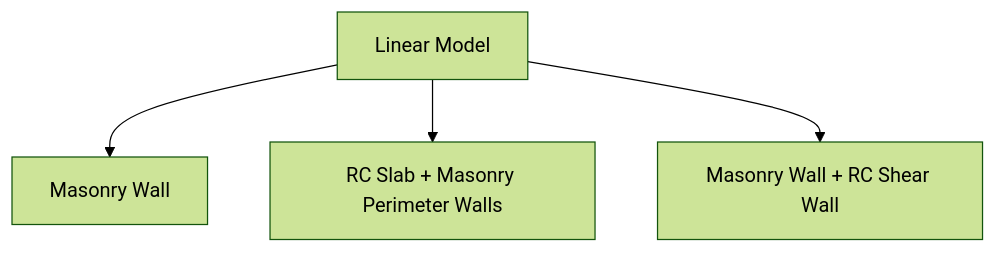
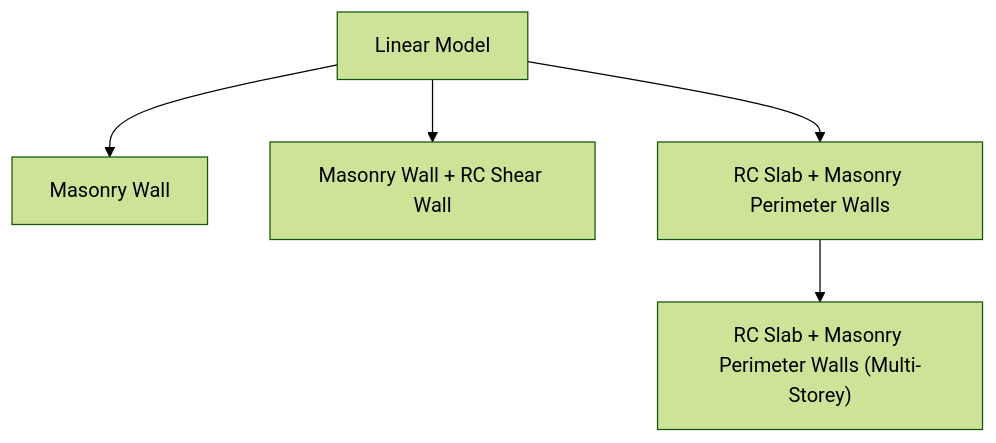
The first of 2 diagrams in docs/ansys_workflow/prototype.md (bartutuncay/struceng-doc), drawn with Mermaid (forest theme) before and after one commit. The commit also changed other lines of this file and 2 other files, not shown here.

````diff
--- a/docs/ansys_workflow/prototype.md
+++ b/docs/ansys_workflow/prototype.md
@@ -3,6 +3,12 @@
 ```mermaid
 flowchart TB
     A --> D[Masonry Wall]
+    A --> C[Masonry Wall + RC Shear Wall]
     A[Linear Model] --> B[RC Slab + Masonry Perimeter Walls]
-    A --> C[Masonry Wall + RC Shear Wall]
+    B --> E["RC Slab + Masonry Perimeter Walls (Multi-Storey)"]
+
+    click D "#masonry-wall"
+    click C "#masonry-wall--rc-shear-wall"
+    click B "#rc-slab--masonry-perimeter-walls"
+    click E "#rc-slab--masonry-perimeter-walls-multi-storey"
 ```
````
